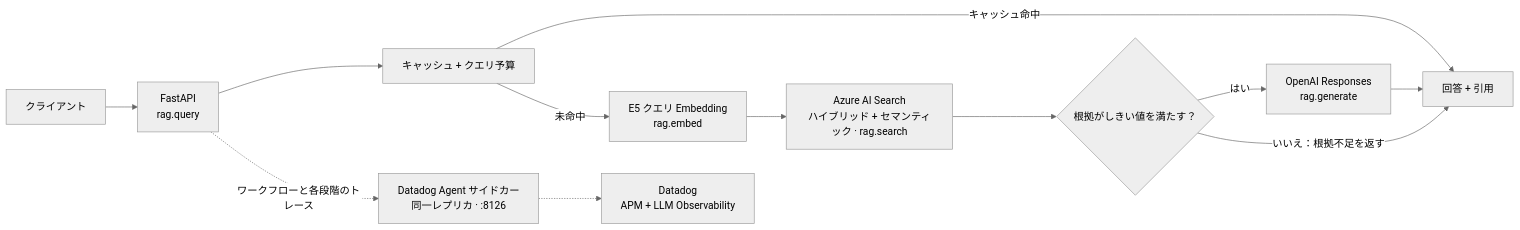
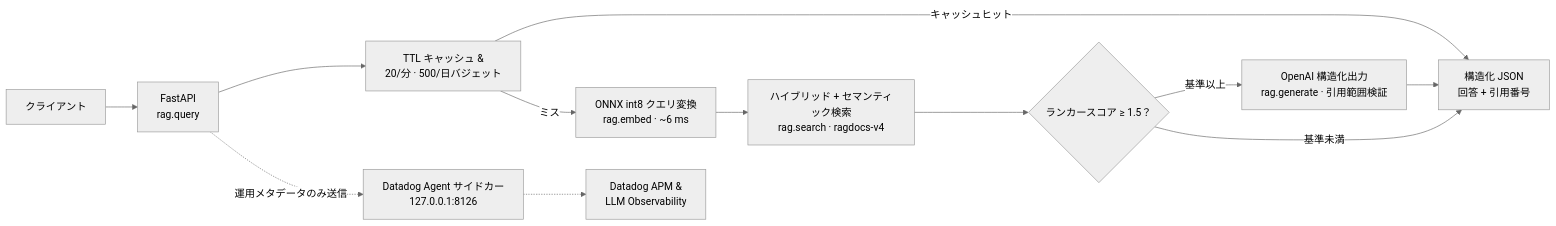
Before and after one commit to workHMZ/aca-ghcr-cicd-lab: the ninth of 9 diagrams in README.md, drawn with Mermaid (neutral theme). The commit also changed other lines of this file and 1 other file, not shown here.

````diff
--- a/README.md
+++ b/README.md
@@ -652,14 +644,14 @@
 ```mermaid
 flowchart LR
     Client["クライアント"] --> API["FastAPI<br/>rag.query"]
-    API --> Guard["キャッシュ + クエリ予算"]
-    Guard -- "キャッシュ命中" --> Response["回答 + 引用"]
-    Guard -- "未命中" --> QVec["E5 クエリ Embedding<br/>rag.embed"]
-    QVec --> Search["Azure AI Search<br/>ハイブリッド + セマンティック · rag.search"]
-    Search --> Evidence{"根拠がしきい値を満たす？"}
-    Evidence -- "はい" --> LLM["OpenAI Responses<br/>rag.generate"]
-    Evidence -- "いいえ：根拠不足を返す" --> Response
-    LLM --> Response
-    API -. "ワークフローと各段階のトレース" .-> Agent["Datadog Agent サイドカー<br/>同一レプリカ · :8126"]
-    Agent -.-> DD["Datadog<br/>APM + LLM Observability"]
+    API --> Guard["TTL キャッシュ &<br/>20/分 · 500/日バジェット"]
+    Guard -- "キャッシュヒット" --> Resp["構造化 JSON<br/>回答 + 引用番号"]
+    Guard -- "ミス" --> QEmbed["ONNX int8 クエリ変換<br/>rag.embed · ~6 ms"]
+    QEmbed --> Search["ハイブリッド + セマンティック検索<br/>rag.search · ragdocs-v4"]
+    Search --> Floor{"ランカースコア ≥ 1.5？"}
+    Floor -- "基準以上" --> Gen["OpenAI 構造化出力<br/>rag.generate · 引用範囲検証"]
+    Floor -- "基準未満" --> Resp
+    Gen --> Resp
+    API -. "運用メタデータのみ送信" .-> Sidecar["Datadog Agent サイドカー<br/>127.0.0.1:8126"]
+    Sidecar -.-> DD["Datadog APM &<br/>LLM Observability"]
 ```
````
